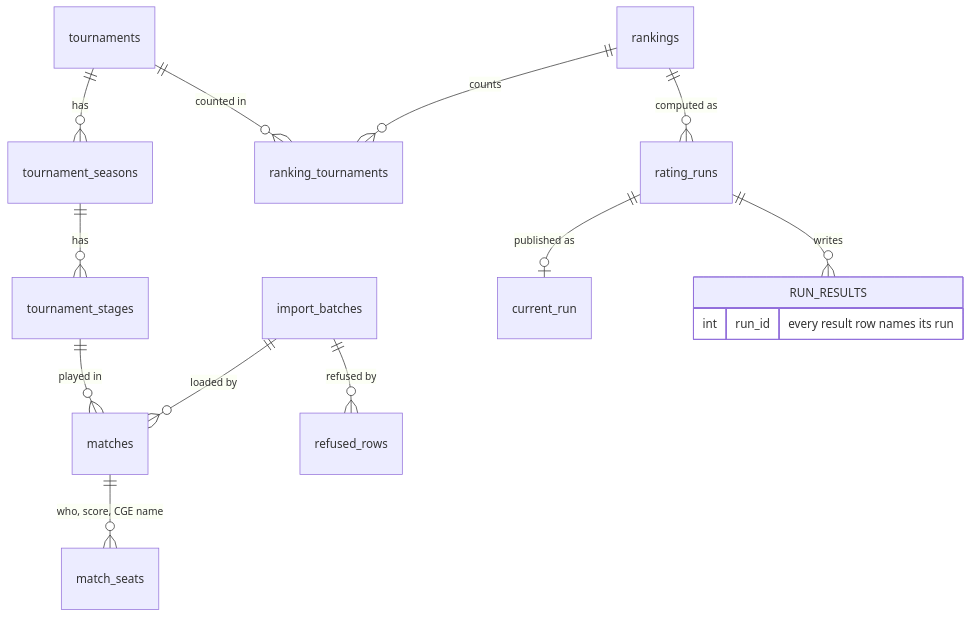
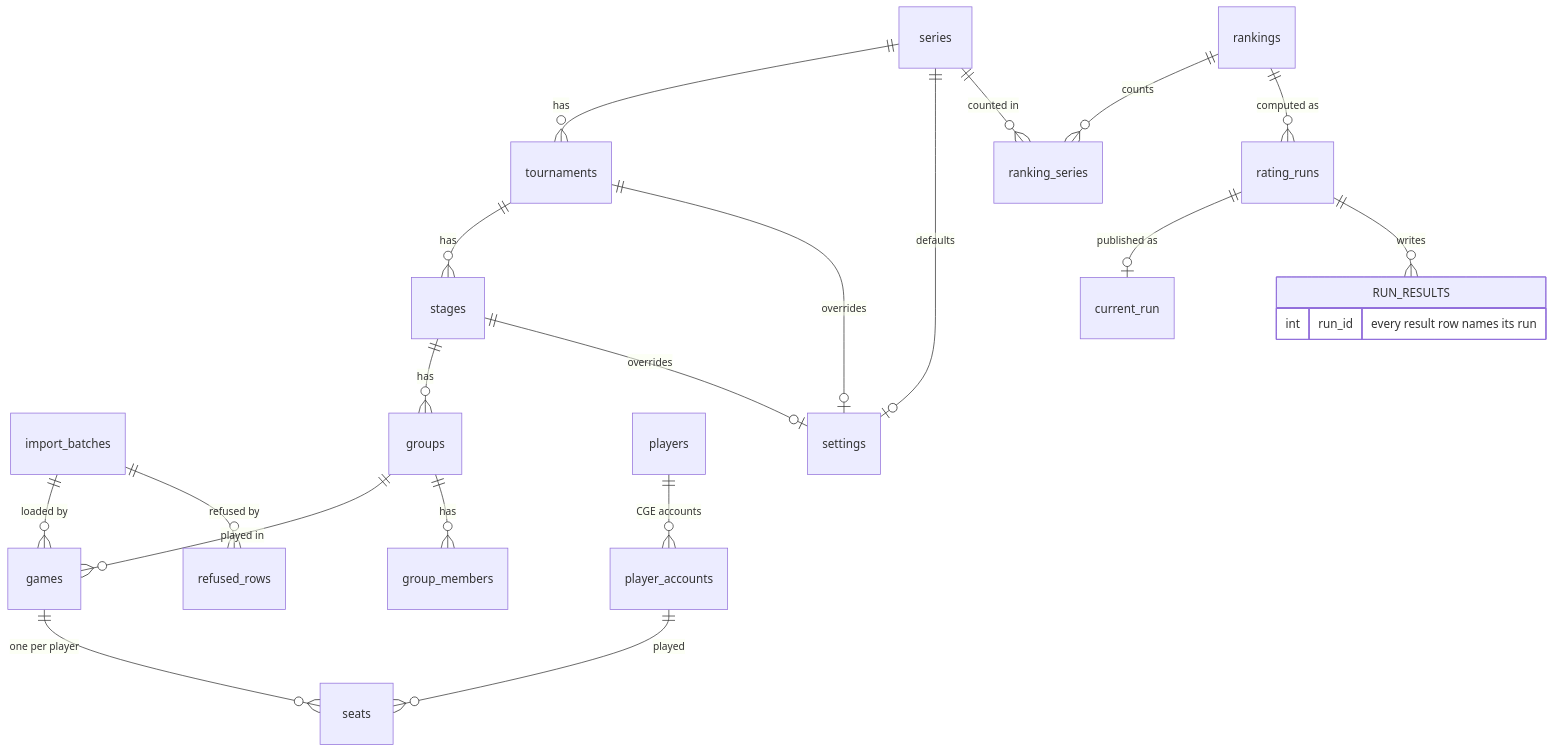
Before and after one commit to ttacommunity/ttacommunity: the second of 2 diagrams in docs/architecture.md, drawn with Mermaid. The commit also changed other lines of this file and 1 other file, not shown here.

Commit message:
Describe the game structure and the extract load

````diff
--- a/docs/architecture.md
+++ b/docs/architecture.md
@@ -104,17 +104,24 @@
 ```mermaid
 erDiagram
-    import_batches ||--o{ matches : "loaded by"
+    import_batches ||--o{ games : "loaded by"
     import_batches ||--o{ refused_rows : "refused by"
-    tournaments ||--o{ tournament_seasons : has
-    tournament_seasons ||--o{ tournament_stages : has
-    tournament_stages ||--o{ matches : "played in"
-    matches ||--o{ match_seats : "who, score, CGE name"
-    rankings ||--o{ ranking_tournaments : "counts"
-    tournaments ||--o{ ranking_tournaments : "counted in"
+    series ||--o{ tournaments : has
+    tournaments ||--o{ stages : has
+    stages ||--o{ groups : has
+    groups ||--o{ games : "played in"
+    groups ||--o{ group_members : has
+    games ||--o{ seats : "one per player"
+    players ||--o{ player_accounts : "CGE accounts"
+    player_accounts ||--o{ seats : "played"
+    series ||--o| settings : "defaults"
+    tournaments ||--o| settings : "overrides"
+    stages ||--o| settings : "overrides"
+    rankings ||--o{ ranking_series : "counts"
+    series ||--o{ ranking_series : "counted in"
     rankings ||--o{ rating_runs : "computed as"
     rating_runs ||--o| current_run : "published as"
     rating_runs ||--o{ RUN_RESULTS : "writes"
     RUN_RESULTS {
         int run_id "every result row names its run"
     }
 ```
````
